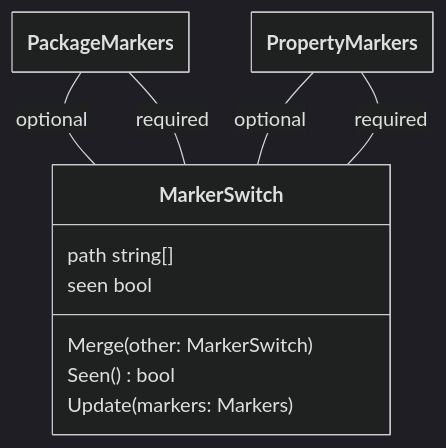
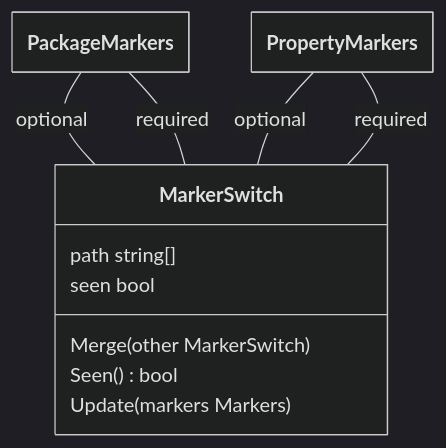
Diagram 17 of 17 in docs/model/model.md (theunrepentantgeek/crddoc), drawn with Mermaid (dark theme) before and after one commit. The commit also changed other lines of this file, not shown here.

````diff
--- a/docs/model/model.md
+++ b/docs/model/model.md
@@ -938,30 +938,30 @@
 ```mermaid
 ---
   config:
     class:
       hideEmptyMembersBox: true
 ---
 classDiagram
 
 class MarkerSwitch["MarkerSwitch"]{  
       path string[]  
       seen bool  
-      Merge(other: MarkerSwitch)  
+      Merge(other MarkerSwitch)  
       Seen()bool  
-      Update(markers: Markers)
+      Update(markers Markers)
 
 
 } 
 
 PackageMarkers -- MarkerSwitch : optional 
 PackageMarkers -- MarkerSwitch : required 
 PropertyMarkers -- MarkerSwitch : optional 
 PropertyMarkers -- MarkerSwitch : required 
 
 
 class PackageMarkers["PackageMarkers"]
 class PackageMarkers["PackageMarkers"]
 class PropertyMarkers["PropertyMarkers"]
 class PropertyMarkers["PropertyMarkers"]
 
 ```
````
